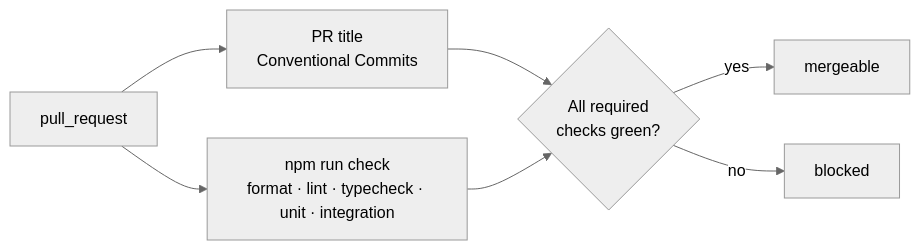
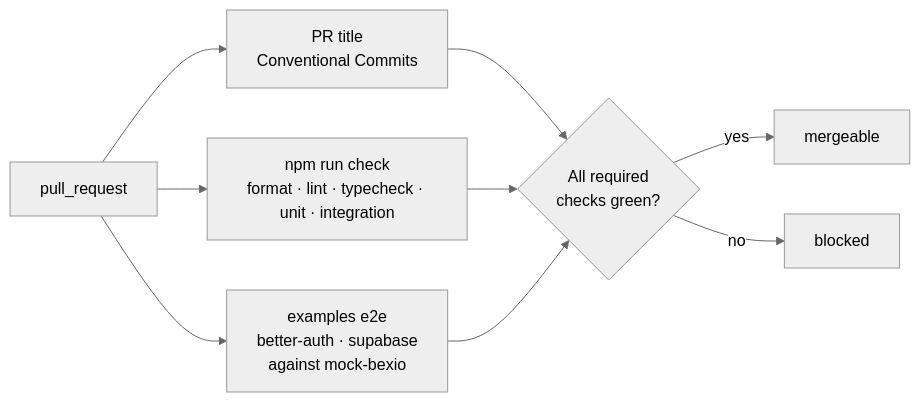
Before and after one commit to SoulcodeAgency/bexio-oauth: the second of 5 diagrams in docs/development.md, drawn with Mermaid (neutral theme). The commit also changed other lines of this file and 52 other files, not shown here.

First line of the commit message:
feat: add Better Auth and Supabase example apps with e2e tests (#5)

````diff
--- a/docs/development.md
+++ b/docs/development.md
@@ -101,8 +101,9 @@
 ```mermaid
 flowchart LR
     PR["pull_request"] --> T["PR title<br/>Conventional Commits"]
+    PR --> E["examples e2e<br/>better-auth · supabase<br/>against mock-bexio"]
     PR --> C["npm run check<br/>format · lint · typecheck · unit · integration"]
-    T & C --> R{"All required<br/>checks green?"}
+    T & C & E --> R{"All required<br/>checks green?"}
     R -->|yes| M["mergeable"]
     R -->|no| X["blocked"]
 ```
````
